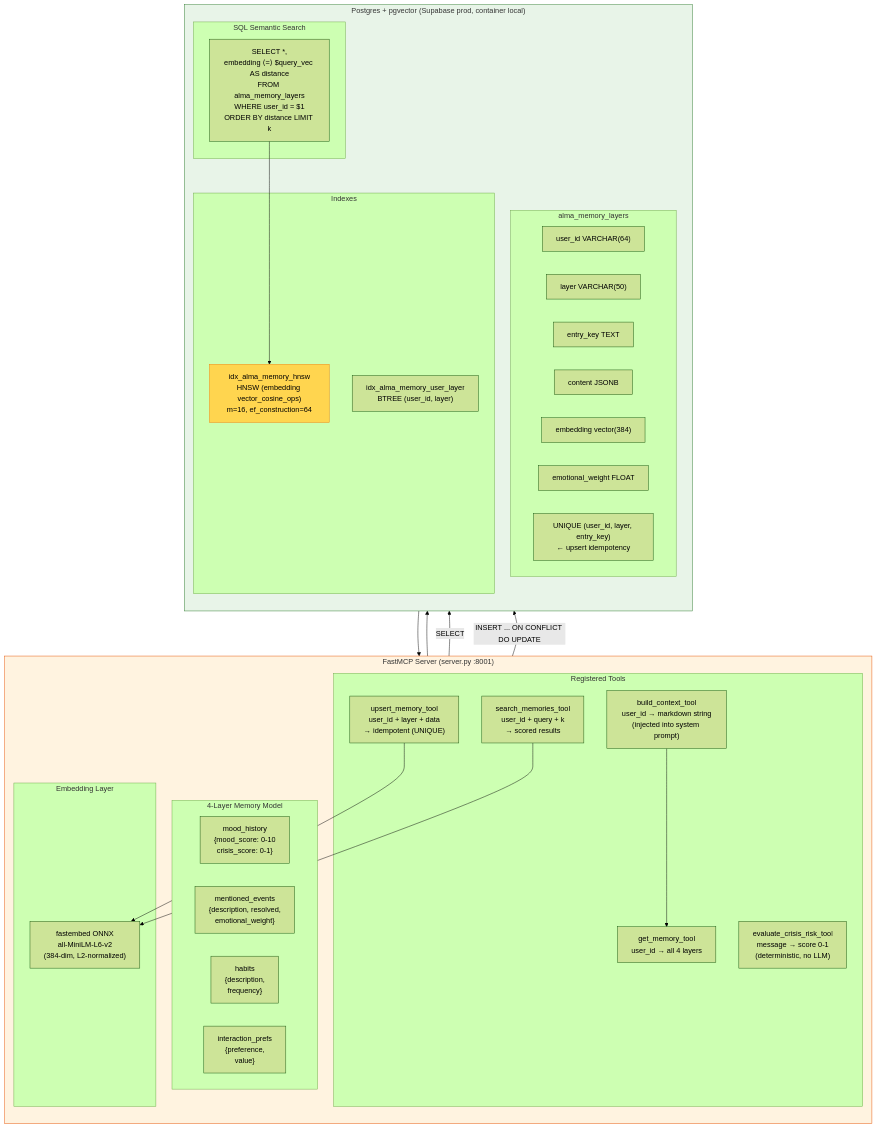
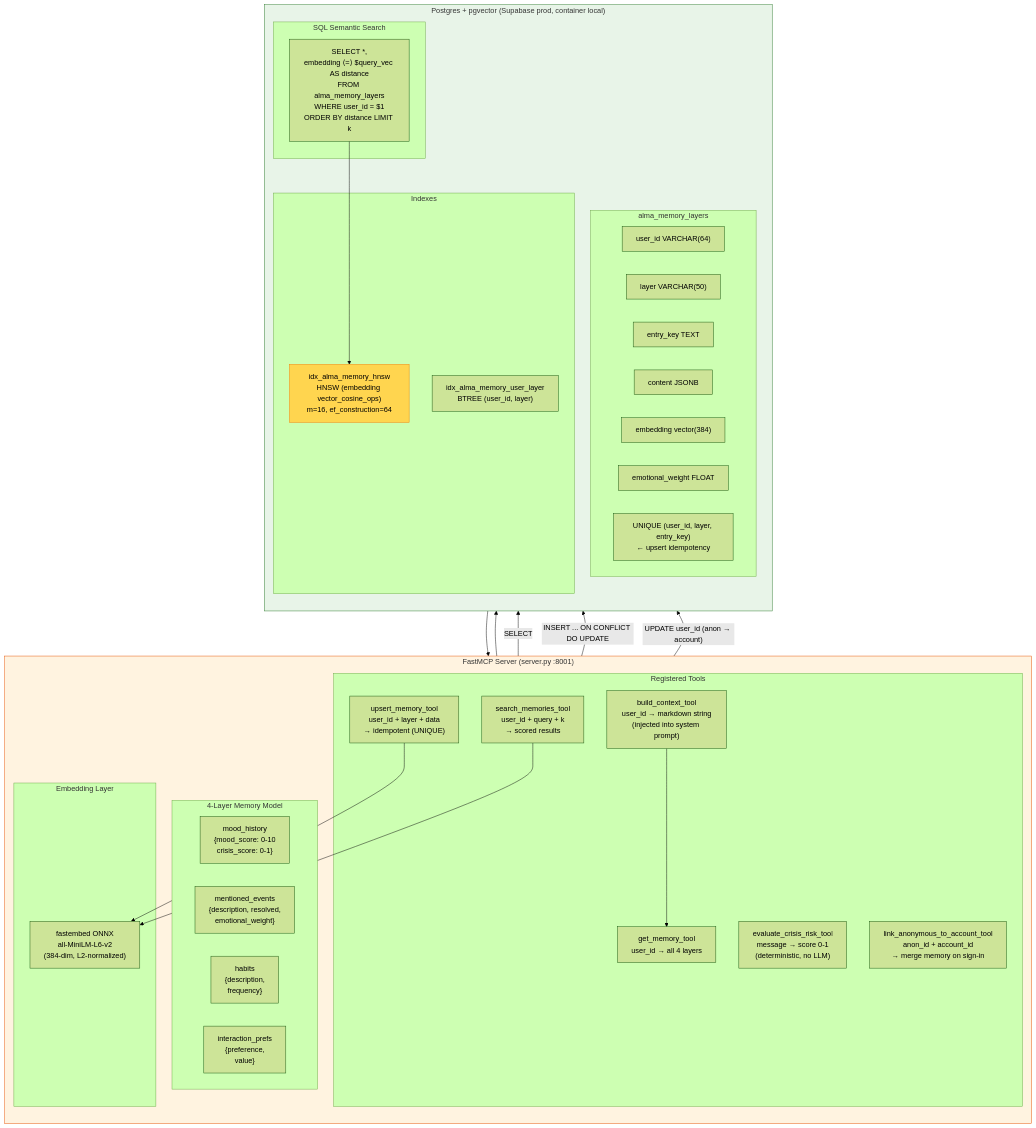
Before and after one commit to iDeepBrain/claude-hackathon-alma: the diagram in diagrams/04-mcp-memory.md, drawn with Mermaid (forest theme). The commit also changed other lines of this file and 10 other files, not shown here.

Commit message:
docs: front-door README — architecture diagram, repo map, screenshots, drift fixes

````diff
--- a/diagrams/04-mcp-memory.md
+++ b/diagrams/04-mcp-memory.md
@@ -7,62 +7,64 @@
 ```mermaid
 graph TD
     subgraph MCP["FastMCP Server (server.py :8001)"]
         direction TB
 
         subgraph TOOLS["Registered Tools"]
             T1["get_memory_tool<br>user_id → all 4 layers"]
             T2["search_memories_tool<br>user_id + query + k<br>→ scored results"]
             T3["upsert_memory_tool<br>user_id + layer + data<br>→ idempotent (UNIQUE)"]
             T4["build_context_tool<br>user_id → markdown string<br>(injected into system prompt)"]
             T5["evaluate_crisis_risk_tool<br>message → score 0-1<br>(deterministic, no LLM)"]
+            T6["link_anonymous_to_account_tool<br>anon_id + account_id<br>→ merge memory on sign-in"]
         end
 
         subgraph LAYERS["4-Layer Memory Model"]
             direction LR
             L1["mood_history<br>{mood_score: 0-10<br>crisis_score: 0-1}"]
             L2["mentioned_events<br>{description, resolved,<br>emotional_weight}"]
             L3["habits<br>{description,<br>frequency}"]
             L4["interaction_prefs<br>{preference,<br>value}"]
         end
 
         subgraph EMBED["Embedding Layer"]
             EMB["fastembed ONNX<br>all-MiniLM-L6-v2<br>(384-dim, L2-normalized)"]
         end
     end
 
     subgraph PG["Postgres + pgvector (Supabase prod, container local)"]
         direction TB
 
         subgraph SCHEMA["alma_memory_layers"]
             COL_USR["user_id VARCHAR(64)"]
             COL_LAY["layer VARCHAR(50)"]
             COL_KEY["entry_key TEXT"]
             COL_CON["content JSONB"]
             COL_VEC["embedding vector(384)"]
             COL_W["emotional_weight FLOAT"]
             UNIQ["UNIQUE (user_id, layer, entry_key)<br>← upsert idempotency"]
         end
 
         subgraph IDX["Indexes"]
             IDX1["idx_alma_memory_user_layer<br>BTREE (user_id, layer)"]
             IDX2["idx_alma_memory_hnsw<br>HNSW (embedding vector_cosine_ops)<br>m=16, ef_construction=64"]
         end
 
         subgraph SEARCH["SQL Semantic Search"]
             QRY["SELECT *,<br>embedding ⟨=⟩ $query_vec AS distance<br>FROM alma_memory_layers<br>WHERE user_id = $1<br>ORDER BY distance LIMIT k"]
         end
     end
 
     T1 -->|"SELECT"| SCHEMA
     T3 -->|"INSERT ... ON CONFLICT DO UPDATE"| SCHEMA
     T3 --> EMB
     T2 --> EMB
     T2 --> QRY
     QRY --> IDX2
     T4 --> T1
+    T6 -->|"UPDATE user_id (anon → account)"| SCHEMA
     SCHEMA --> EMB
 
     style MCP fill:#fff3e0,stroke:#e65100
     style PG fill:#e8f4e8,stroke:#2d7a2d
     style IDX2 fill:#ffd54f,stroke:#f57c00
 ```
````
